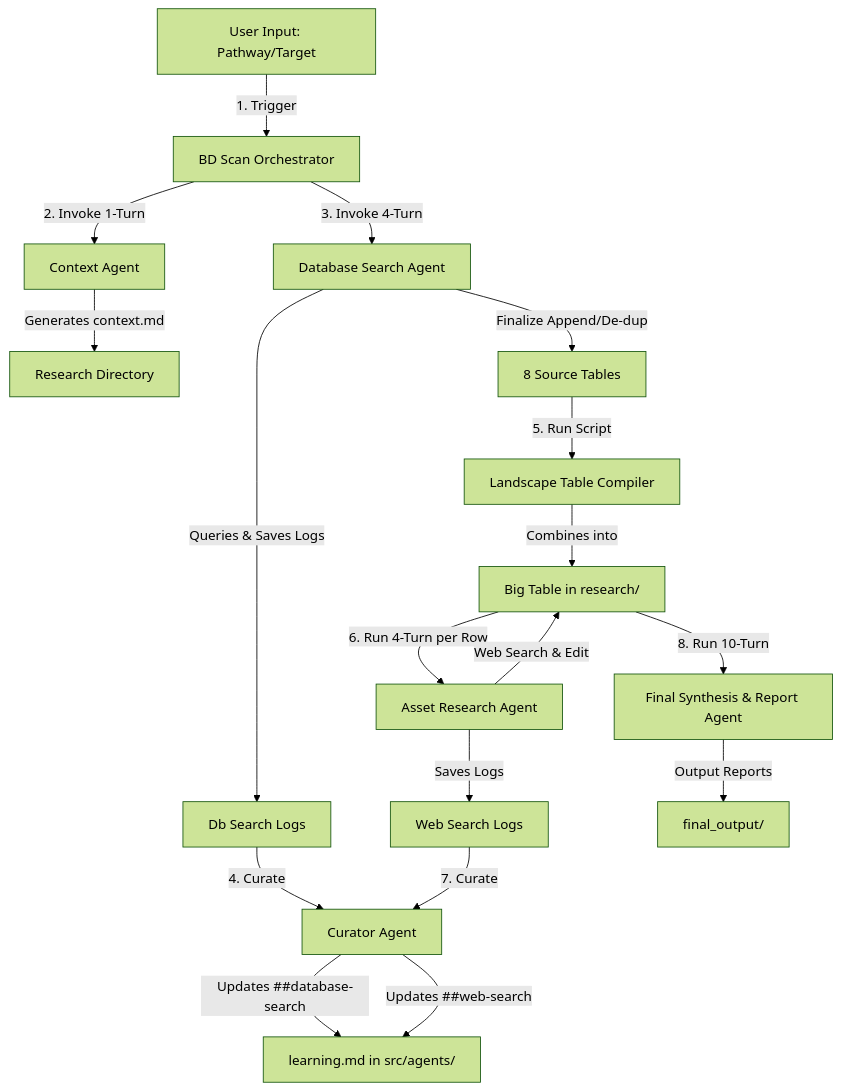
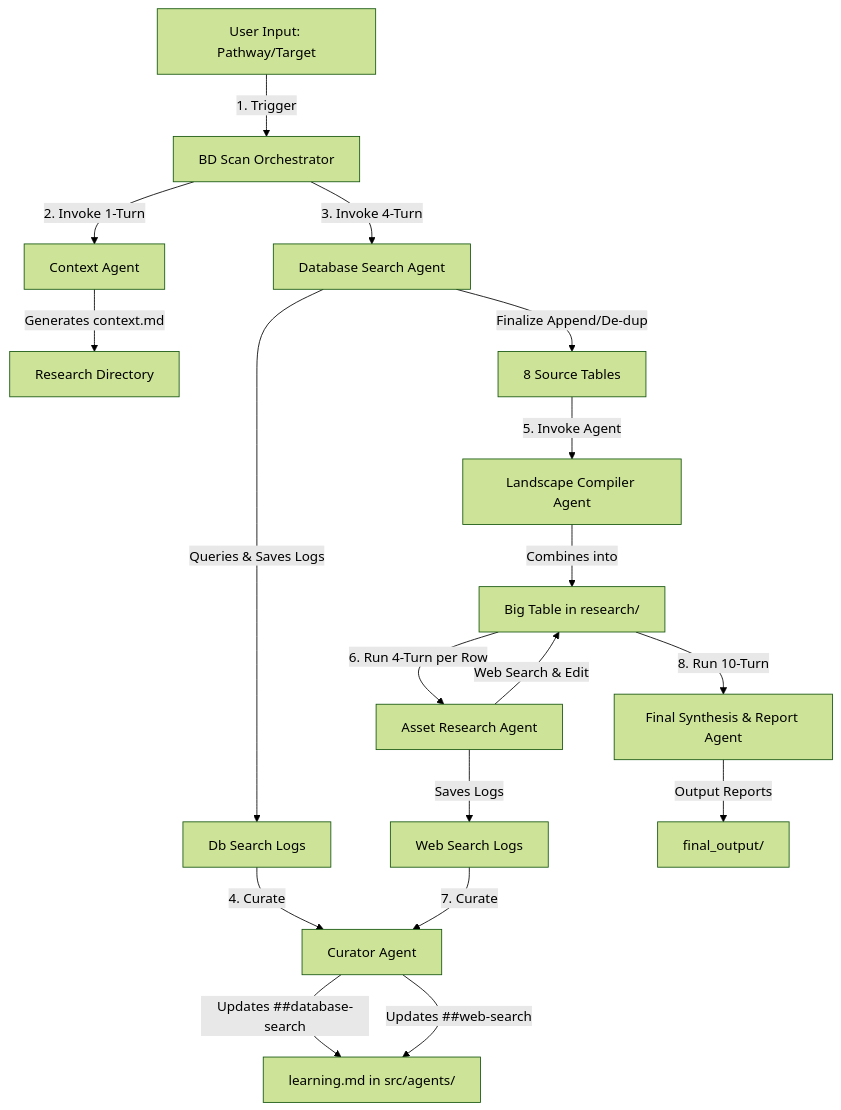
The diagram in docs/bdscan_spec.md (Ruinius/biotech-analyst-cli), drawn with Mermaid (forest theme) before and after one commit. The commit also changed other lines of this file and 5 other files, not shown here.

````diff
--- a/docs/bdscan_spec.md
+++ b/docs/bdscan_spec.md
@@ -13,26 +13,26 @@
 ```mermaid
 graph TD
     A[User Input: Pathway/Target] -->|1. Trigger| Orch[BD Scan Orchestrator]
     Orch -->|2. Invoke 1-Turn| Context[Context Agent]
     Context -->|Generates context.md| TargetDir[Research Directory]
 
     Orch -->|3. Invoke 4-Turn| DbSearch[Database Search Agent]
     DbSearch -->|Queries & Saves Logs| DbSearchLogs[Db Search Logs]
     DbSearch -->|Finalize Append/De-dup| SourceTables[8 Source Tables]
 
     DbSearchLogs -->|4. Curate| Curator[Curator Agent]
     Curator -->|Updates ##database-search| GlobalLearning[learning.md in src/agents/]
 
-    SourceTables -->|5. Run Script| Compiler[Landscape Table Compiler]
+    SourceTables -->|5. Invoke Agent| Compiler[Landscape Compiler Agent]
     Compiler -->|Combines into| BigTable[Big Table in research/]
 
     BigTable -->|6. Run 4-Turn per Row| AssetResearch[Asset Research Agent]
     AssetResearch -->|Web Search & Edit| BigTable
     AssetResearch -->|Saves Logs| WebLogs[Web Search Logs]
 
     WebLogs -->|7. Curate| Curator
     Curator -->|Updates ##web-search| GlobalLearning
 
     BigTable -->|8. Run 10-Turn| Synthesis[Final Synthesis & Report Agent]
     Synthesis -->|Output Reports| FinalOut[final_output/]
 ```
````
